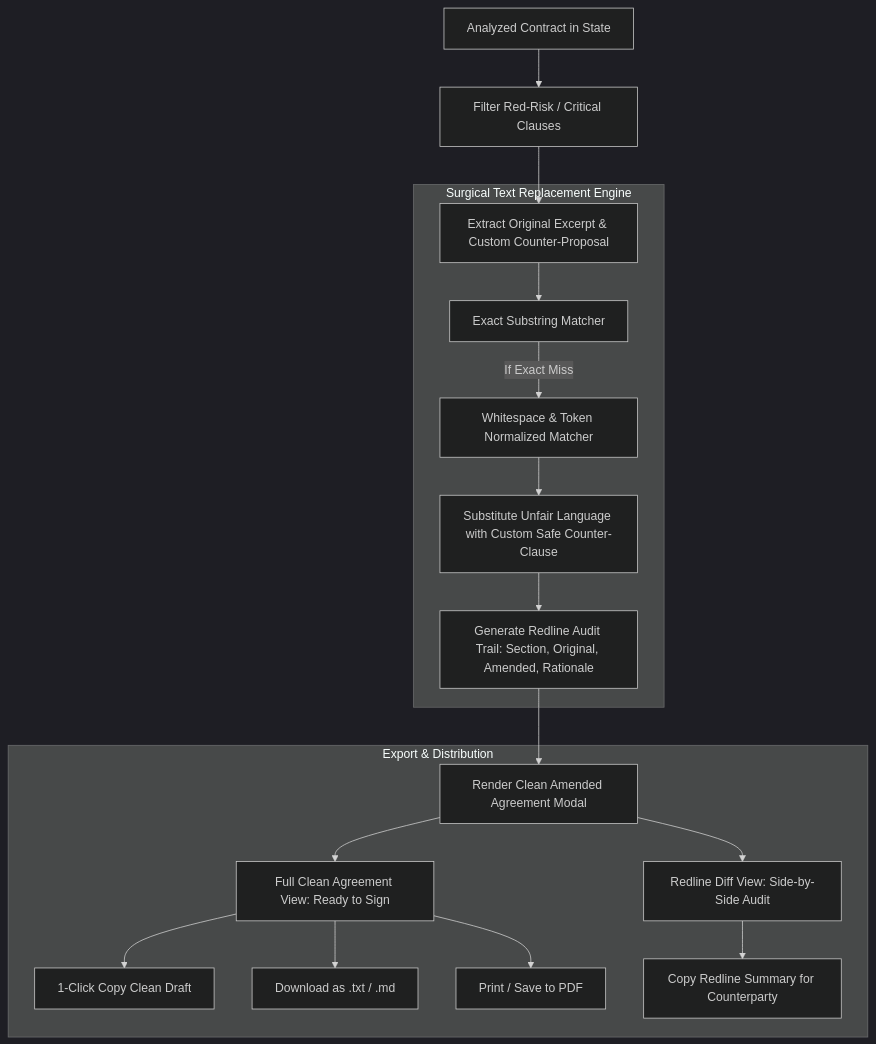
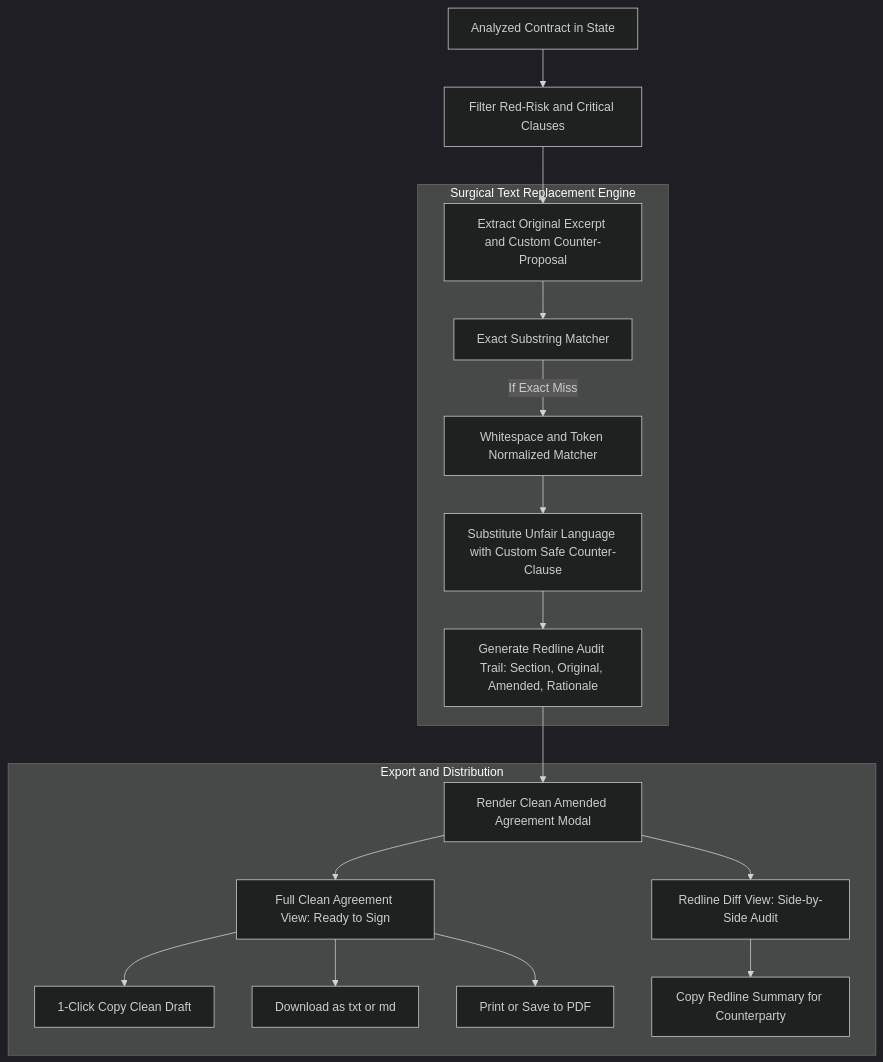
One commit to RiyanshiVerma-11/ClarifyLegal changed the seventh of 10 diagrams in README.md. Above: the diagram before and after it, drawn with Mermaid (dark theme). The commit also changed other lines of this file, not shown here.

First line of the commit message:
docs: update architecture diagram in README

````diff
--- a/README.md
+++ b/README.md
@@ -331,23 +330,23 @@
 ```mermaid
 graph TD
-    A[Analyzed Contract in State] --> B[Filter Red-Risk / Critical Clauses]
-    B --> C[Extract Original Excerpt & Custom Counter-Proposal]
+    A["Analyzed Contract in State"] --> B["Filter Red-Risk and Critical Clauses"]
+    B --> C["Extract Original Excerpt and Custom Counter-Proposal"]
     
     subgraph ReplacementCore [Surgical Text Replacement Engine]
-        C --> D[Exact Substring Matcher]
-        D -->|If Exact Miss| E[Whitespace & Token Normalized Matcher]
-        E --> F[Substitute Unfair Language with Custom Safe Counter-Clause]
-        F --> G[Generate Redline Audit Trail: Section, Original, Amended, Rationale]
+        C --> D["Exact Substring Matcher"]
+        D -->|If Exact Miss| E["Whitespace and Token Normalized Matcher"]
+        E --> F["Substitute Unfair Language with Custom Safe Counter-Clause"]
+        F --> G["Generate Redline Audit Trail: Section, Original, Amended, Rationale"]
     end
 
-    G --> H[Render Clean Amended Agreement Modal]
+    G --> H["Render Clean Amended Agreement Modal"]
     
-    subgraph ExportActions [Export & Distribution]
-        H --> I[Full Clean Agreement View: Ready to Sign]
-        H --> J[Redline Diff View: Side-by-Side Audit]
-        I --> K[1-Click Copy Clean Draft]
-        I --> L[Download as .txt / .md]
-        I --> M[Print / Save to PDF]
-        J --> N[Copy Redline Summary for Counterparty]
+    subgraph ExportActions [Export and Distribution]
+        H --> I["Full Clean Agreement View: Ready to Sign"]
+        H --> J["Redline Diff View: Side-by-Side Audit"]
+        I --> K["1-Click Copy Clean Draft"]
+        I --> L["Download as txt or md"]
+        I --> M["Print or Save to PDF"]
+        J --> N["Copy Redline Summary for Counterparty"]
     end
 ```
````
